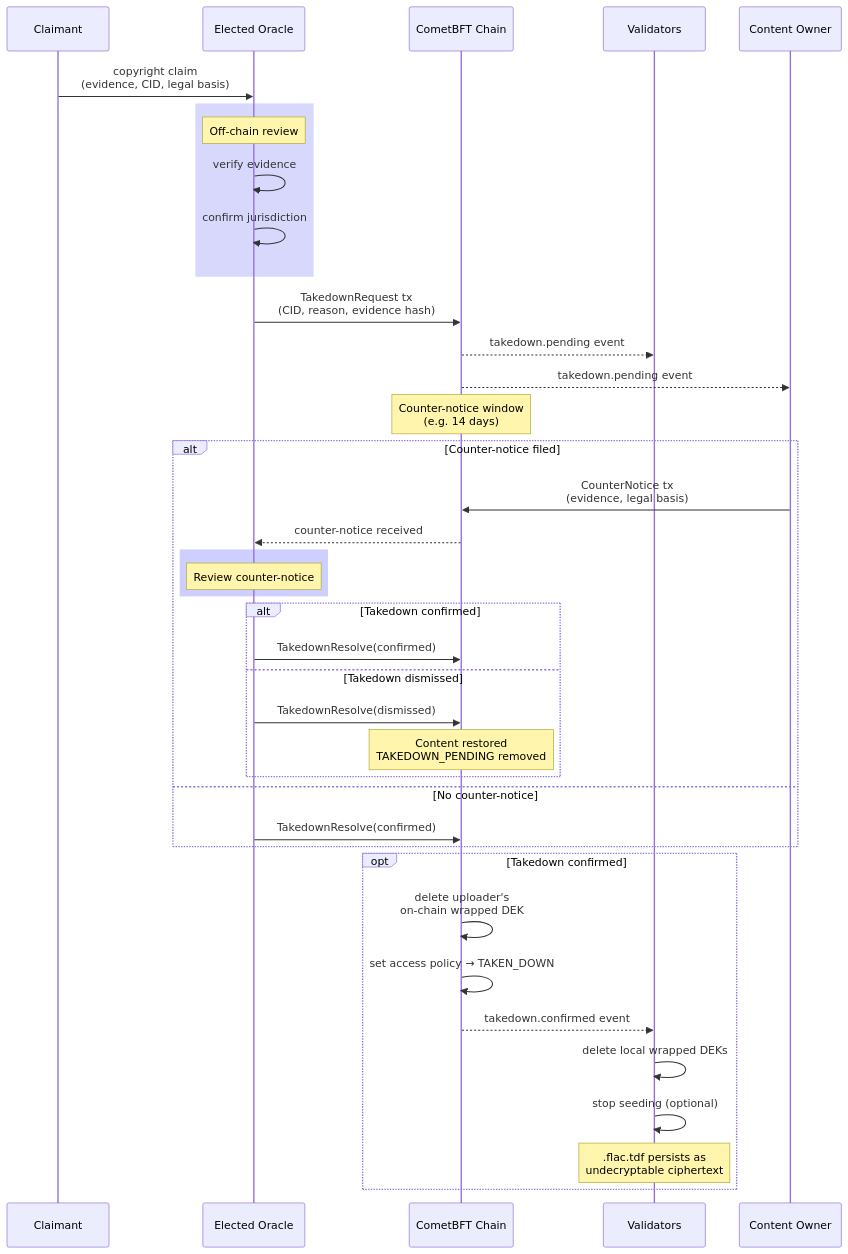
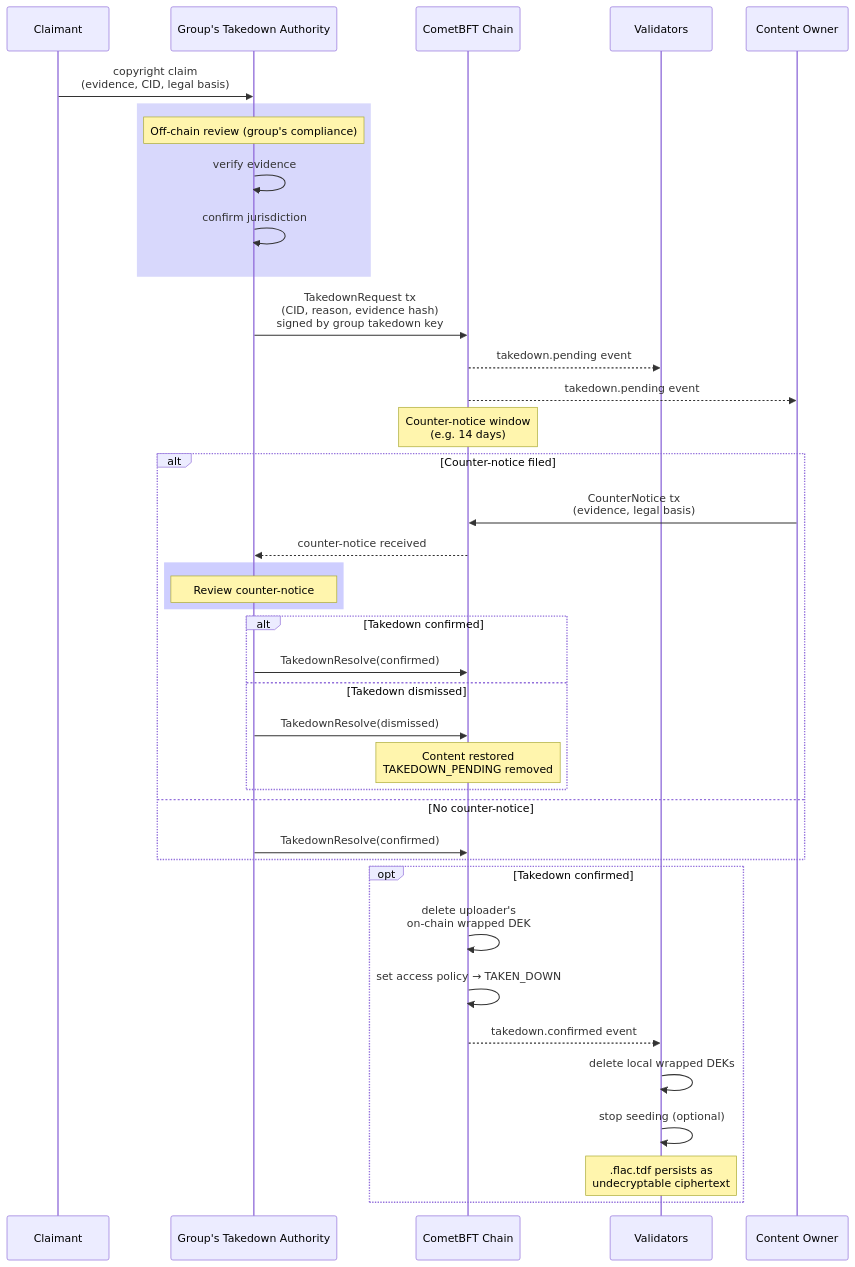
The diagram in docs/diagrams/takedown.mermaid (alecsavvy/mojave), drawn with Mermaid before and after one commit. The commit also changed 7 other files, not shown here.

```diff
--- a/docs/diagrams/takedown.mermaid
+++ b/docs/diagrams/takedown.mermaid
@@ -1,48 +1,48 @@
 sequenceDiagram
     participant CL as Claimant
-    participant OR as Elected Oracle
+    participant TA as Group's Takedown Authority
     participant Chain as CometBFT Chain
     participant VAL as Validators
     participant OWN as Content Owner
 
-    CL->>OR: copyright claim<br/>(evidence, CID, legal basis)
+    CL->>TA: copyright claim<br/>(evidence, CID, legal basis)
 
     rect rgb(216, 216, 252)
-        Note over OR: Off-chain review
-        OR->>OR: verify evidence
-        OR->>OR: confirm jurisdiction
+        Note over TA: Off-chain review (group's compliance)
+        TA->>TA: verify evidence
+        TA->>TA: confirm jurisdiction
     end
 
-    OR->>Chain: TakedownRequest tx<br/>(CID, reason, evidence hash)
+    TA->>Chain: TakedownRequest tx<br/>(CID, reason, evidence hash)<br/>signed by group takedown key
 
     Chain-->>VAL: takedown.pending event
     Chain-->>OWN: takedown.pending event
 
     Note over Chain: Counter-notice window<br/>(e.g. 14 days)
 
     alt Counter-notice filed
         OWN->>Chain: CounterNotice tx<br/>(evidence, legal basis)
-        Chain-->>OR: counter-notice received
+        Chain-->>TA: counter-notice received
 
         rect rgb(206, 206, 255)
-            Note over OR: Review counter-notice
+            Note over TA: Review counter-notice
         end
 
         alt Takedown confirmed
-            OR->>Chain: TakedownResolve(confirmed)
+            TA->>Chain: TakedownResolve(confirmed)
         else Takedown dismissed
-            OR->>Chain: TakedownResolve(dismissed)
+            TA->>Chain: TakedownResolve(dismissed)
             Note over Chain: Content restored<br/>TAKEDOWN_PENDING removed
         end
     else No counter-notice
-        OR->>Chain: TakedownResolve(confirmed)
+        TA->>Chain: TakedownResolve(confirmed)
     end
 
     opt Takedown confirmed
         Chain->>Chain: delete uploader's<br/>on-chain wrapped DEK
         Chain->>Chain: set access policy → TAKEN_DOWN
         Chain-->>VAL: takedown.confirmed event
         VAL->>VAL: delete local wrapped DEKs
         VAL->>VAL: stop seeding (optional)
         Note over VAL: .flac.tdf persists as<br/>undecryptable ciphertext
     end
```
